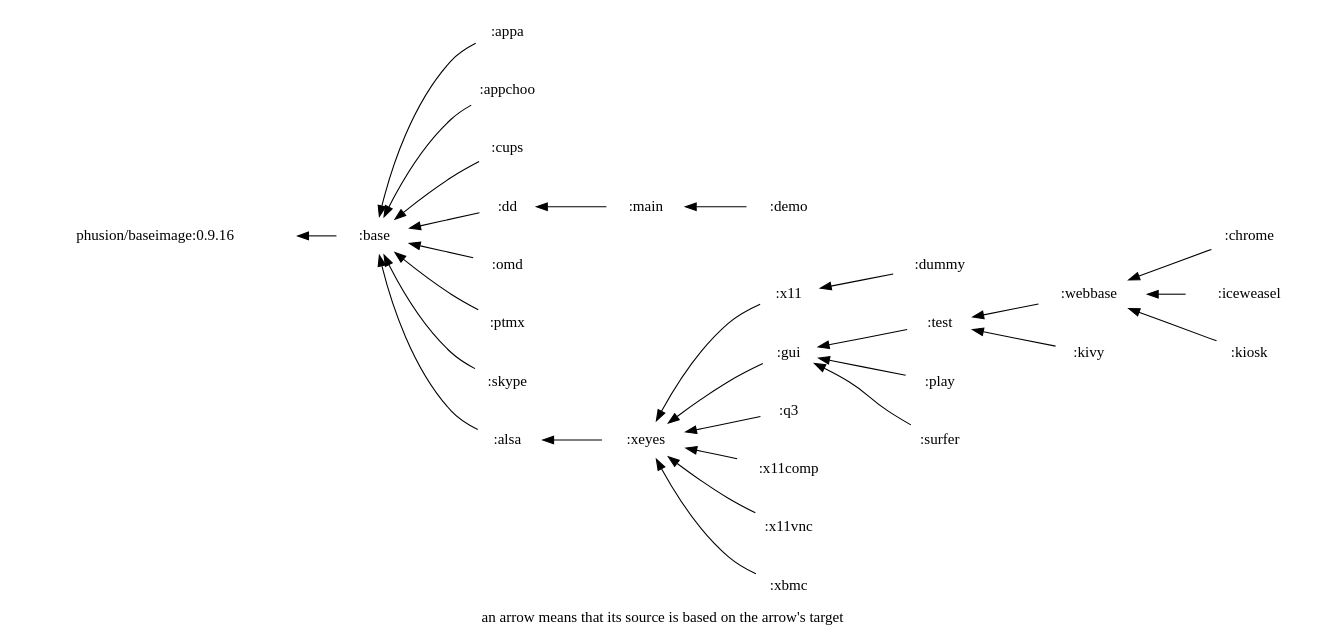
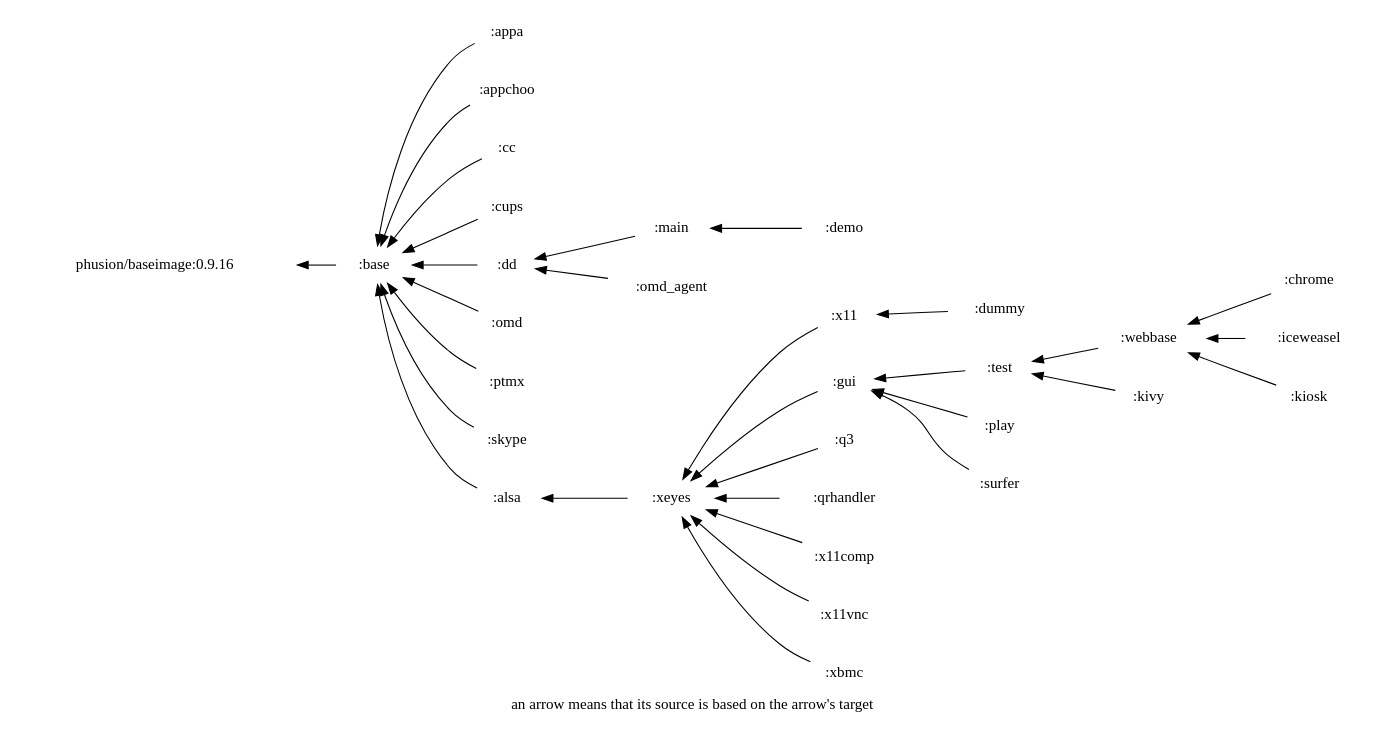
One commit to hilbert/hilbert-docker-images changed the diagram in deps.dot. Above: the diagram before and after it, drawn with Graphviz. The commit also changed 2 other files, not shown here.

Commit message:
Update descriptions and diagrams

```diff
--- a/deps.dot
+++ b/deps.dot
@@ -1,29 +1,32 @@
 digraph deps{ graph [label="an arrow means that its source is based on the arrow's target", labelloc=b]; node [color=white]; rankdir = RL;
 ":alsa" -> ":base" ;
 ":appa" -> ":base" ;
 ":appchoo" -> ":base" ;
 ":base" -> "phusion/baseimage:0.9.16" ;
+":cc" -> ":base" ;
 ":chrome" -> ":webbase" ;
 ":cups" -> ":base" ;
 ":dd" -> ":base" ;
 ":demo" -> ":main" ;
 ":dummy" -> ":x11" ;
 ":gui" -> ":xeyes" ;
 ":iceweasel" -> ":webbase" ;
 ":kiosk" -> ":webbase" ;
 ":kivy" -> ":test" ;
 ":main" -> ":dd" ;
 ":omd" -> ":base" ;
+":omd_agent" -> ":dd" ;
 ":play" -> ":gui" ;
 ":ptmx" -> ":base" ;
 ":q3" -> ":xeyes" ;
+":qrhandler" -> ":xeyes" ;
 ":skype" -> ":base" ;
 ":surfer" -> ":gui" ;
 ":test" -> ":gui" ;
 ":webbase" -> ":test" ;
 ":x11" -> ":xeyes" ;
 ":x11comp" -> ":xeyes" ;
 ":x11vnc" -> ":xeyes" ;
 ":xbmc" -> ":xeyes" ;
 ":xeyes" -> ":alsa" ;
 }
```
